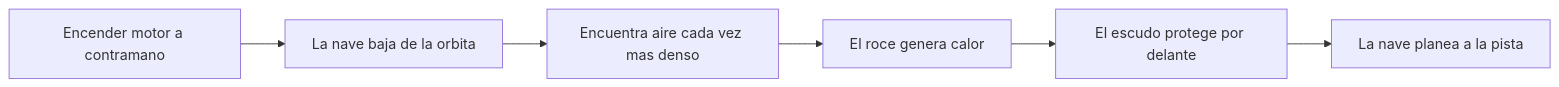
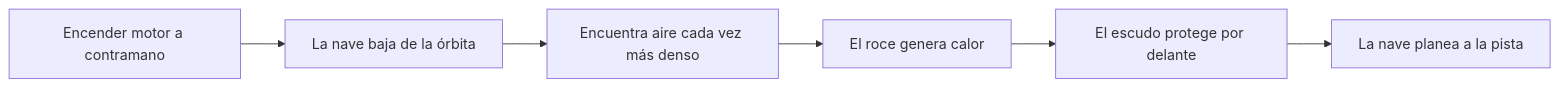
The diagram in vehiculos/transbordadores/operacion/principios-transbordador.md (vladimiracunadev-create/machine-operator-program), drawn with Mermaid before and after one commit. The commit also changed other lines of this file and 442 other files, not shown here.

````diff
--- a/vehiculos/transbordadores/operacion/principios-transbordador.md
+++ b/vehiculos/transbordadores/operacion/principios-transbordador.md
@@ -24,8 +24,8 @@
 ```mermaid
 flowchart LR
-    Frena[Encender motor a contramano] --> Baja[La nave baja de la orbita]
-    Baja --> Aire[Encuentra aire cada vez mas denso]
+    Frena[Encender motor a contramano] --> Baja[La nave baja de la órbita]
+    Baja --> Aire[Encuentra aire cada vez más denso]
     Aire --> Calor[El roce genera calor]
     Calor --> Escudo[El escudo protege por delante]
     Escudo --> Planeo[La nave planea a la pista]
 ```
````
